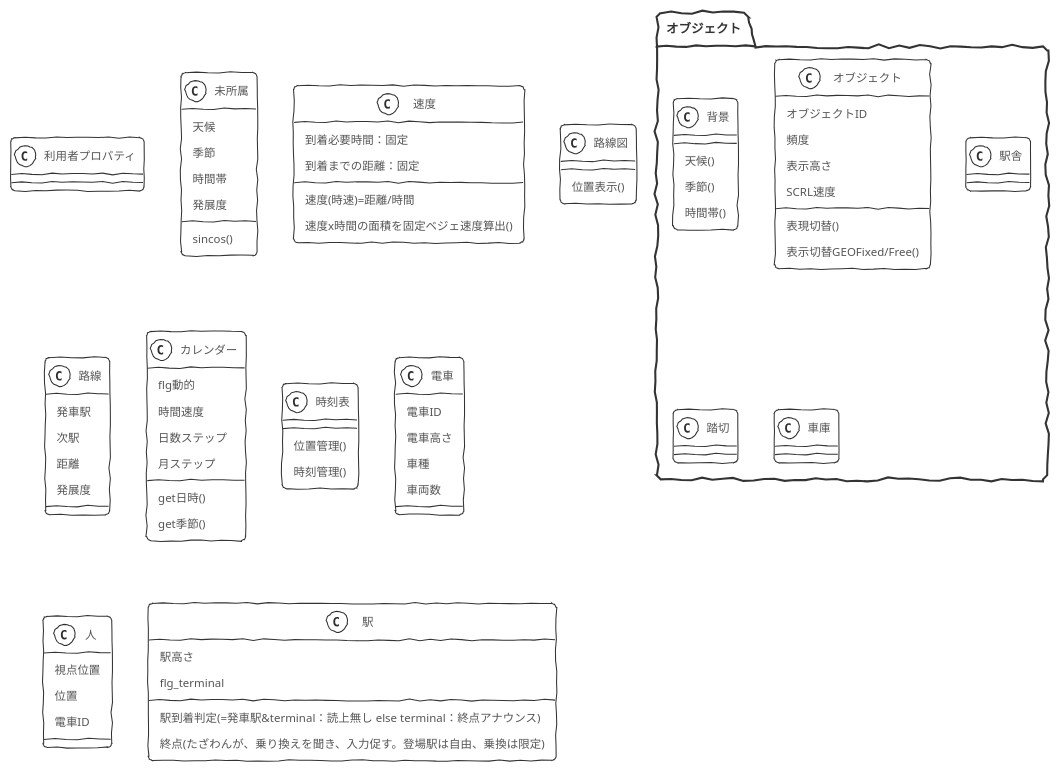
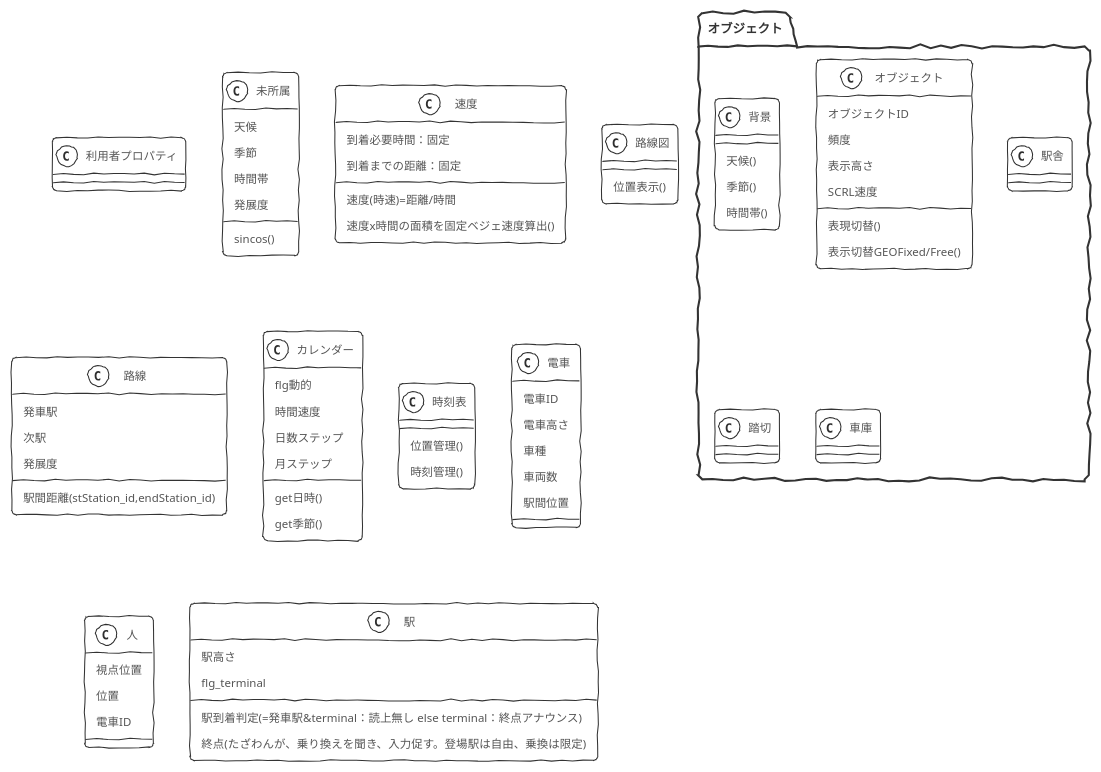
One commit to ssmxgo/tazawa_prj01 changed the diagram in tazawa.puml. Above: the diagram before and after it, drawn with PlantUML.

```diff
--- a/tazawa.puml
+++ b/tazawa.puml
@@ -1,92 +1,93 @@
 @startuml まとめ
 !theme sketchy-outline
 
 class 利用者プロパティ{
 }
 
 class 未所属{
     天候
     季節
     時間帯
     発展度
     sincos()
 }
 
 Class 速度{
 到着必要時間：固定
 到着までの距離：固定
 速度(時速)=距離/時間
 速度x時間の面積を固定ベジェ速度算出()
 
 }
 
 
 
 class 路線図 {
     位置表示()
 }
 class 路線 {
     発車駅
     次駅
-    距離
+駅間距離(stStation_id,endStation_id)
     発展度
 }
 class カレンダー{
     flg動的
     時間速度
     日数ステップ
     月ステップ
     get日時()
     get季節()
 }
 class 時刻表{
     位置管理()
     時刻管理()
 }
 
 class 電車 {
     電車ID
     電車高さ
     車種
     車両数
+駅間位置
 }
 
 class 人 {
     視点位置
     位置
     電車ID
 }
 
 
 class 駅 {
     駅高さ
     flg_terminal
     駅到着判定(=発車駅&terminal：読上無し else terminal：終点アナウンス)
     終点(たざわんが、乗り換えを聞き、入力促す。登場駅は自由、乗換は限定)
 }
 
 package オブジェクト{
 class 背景{
     天候()
     季節()
     時間帯()
 }
 
 
 
 '各風景 駅舎 建築物
 class オブジェクト{
     オブジェクトID
     頻度
     表示高さ
     SCRL速度
     表現切替()
     表示切替GEOFixed/Free()
 }
 class 駅舎{}
 class 踏切{}
 class 車庫{}
 
 }
 
 @enduml
```
